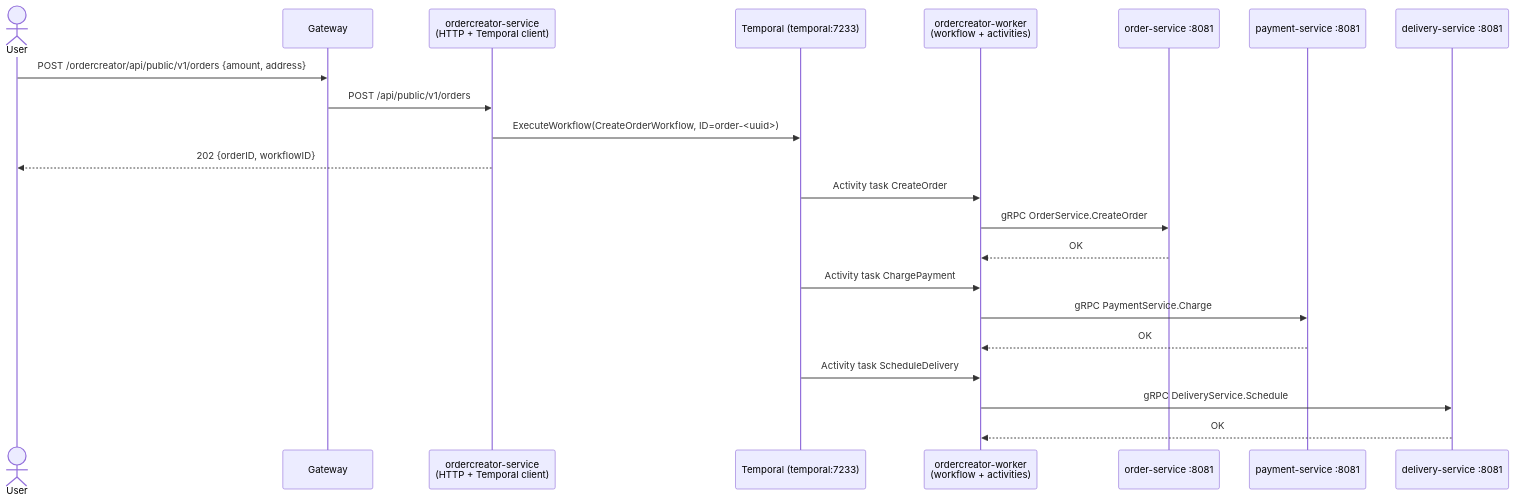
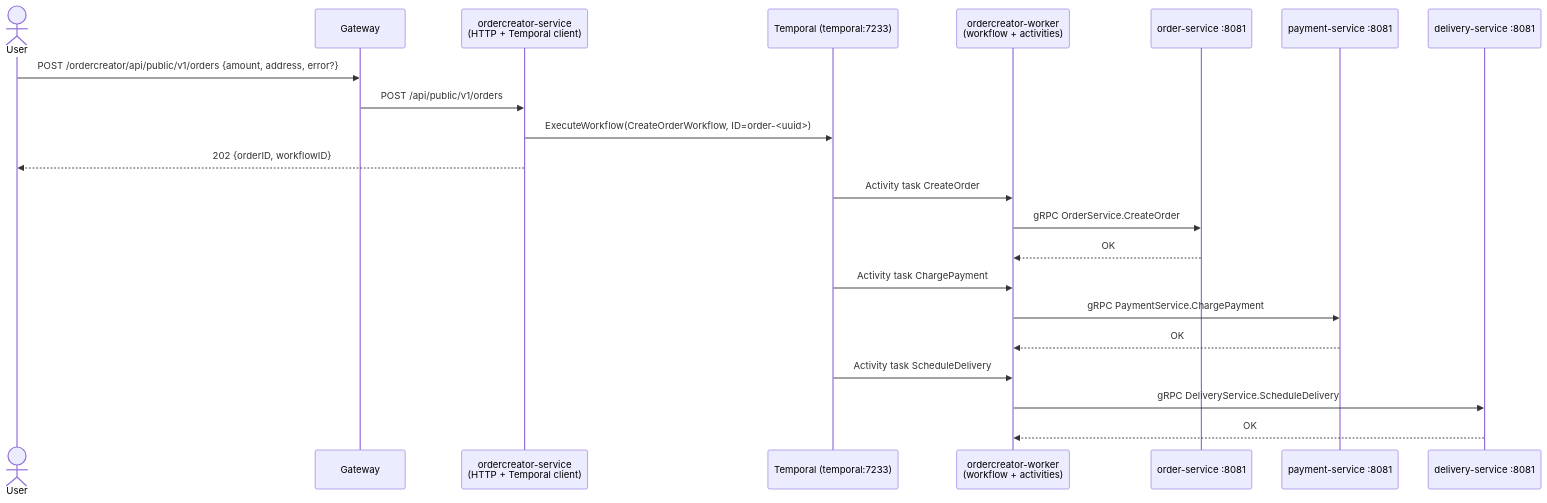
Before and after one commit to UsingCoding/rp-platform: the first of 2 diagrams in modules/ordercreator/README.md, drawn with Mermaid. The commit also changed other lines of this file and 33 other files, not shown here.

````diff
--- a/modules/ordercreator/README.md
+++ b/modules/ordercreator/README.md
@@ -14,25 +14,25 @@
 ```mermaid
 sequenceDiagram
   actor U as User
   participant GW as Gateway
   participant OCS as ordercreator-service<br/>(HTTP + Temporal client)
   participant TS as Temporal (temporal:7233)
   participant OCW as ordercreator-worker<br/>(workflow + activities)
   participant O as order-service :8081
   participant P as payment-service :8081
   participant D as delivery-service :8081
 
-  U->>GW: POST /ordercreator/api/public/v1/orders {amount, address}
+  U->>GW: POST /ordercreator/api/public/v1/orders {amount, address, error?}
   GW->>OCS: POST /api/public/v1/orders
   OCS->>TS: ExecuteWorkflow(CreateOrderWorkflow, ID=order-<uuid>)
   OCS-->>U: 202 {orderID, workflowID}
   TS->>OCW: Activity task CreateOrder
   OCW->>O: gRPC OrderService.CreateOrder
   O-->>OCW: OK
   TS->>OCW: Activity task ChargePayment
-  OCW->>P: gRPC PaymentService.Charge
+  OCW->>P: gRPC PaymentService.ChargePayment
   P-->>OCW: OK
   TS->>OCW: Activity task ScheduleDelivery
-  OCW->>D: gRPC DeliveryService.Schedule
+  OCW->>D: gRPC DeliveryService.ScheduleDelivery
   D-->>OCW: OK
 ```
````
